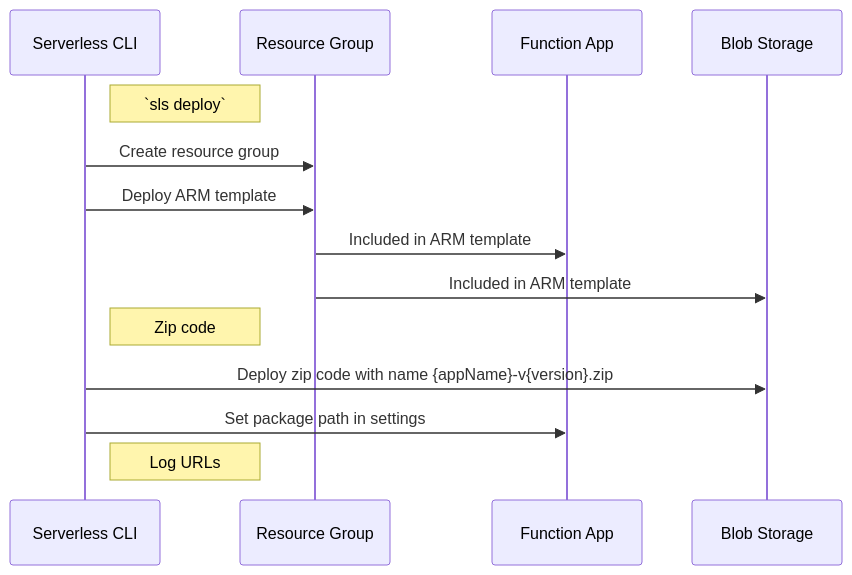
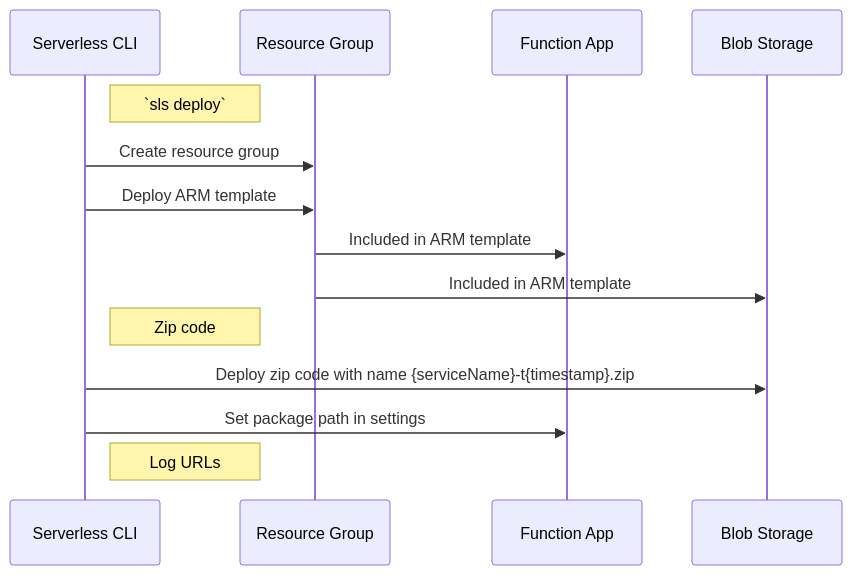
The diagram in docs/sequenceDiagrams/deployBlob.md (serverless/serverless-azure-functions), drawn with Mermaid before and after one commit. The commit also changed 1 other file, not shown here.

Commit message:
Update version to timestamp

````diff
--- a/docs/sequenceDiagrams/deployBlob.md
+++ b/docs/sequenceDiagrams/deployBlob.md
@@ -1,17 +1,17 @@
 ```mermaid
 sequenceDiagram
   participant s as Serverless CLI
   participant r as Resource Group 
   participant f as Function App
   participant b as Blob Storage
 
   note right of s: `sls deploy`
   s ->> r: Create resource group
   s ->> r: Deploy ARM template
   r ->> f: Included in ARM template
   r ->> b: Included in ARM template
   note right of s: Zip code
-  s ->> b: Deploy zip code with name {appName}-v{version}.zip
+  s ->> b: Deploy zip code with name {serviceName}-t{timestamp}.zip
   s ->> f: Set package path in settings
   note right of s: Log URLs 
 ```
````
